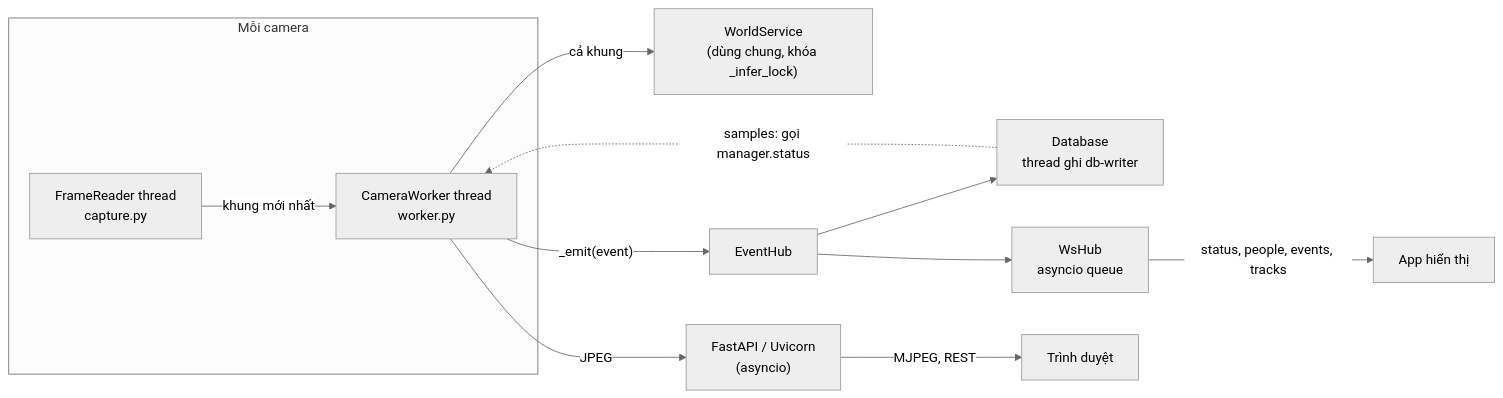
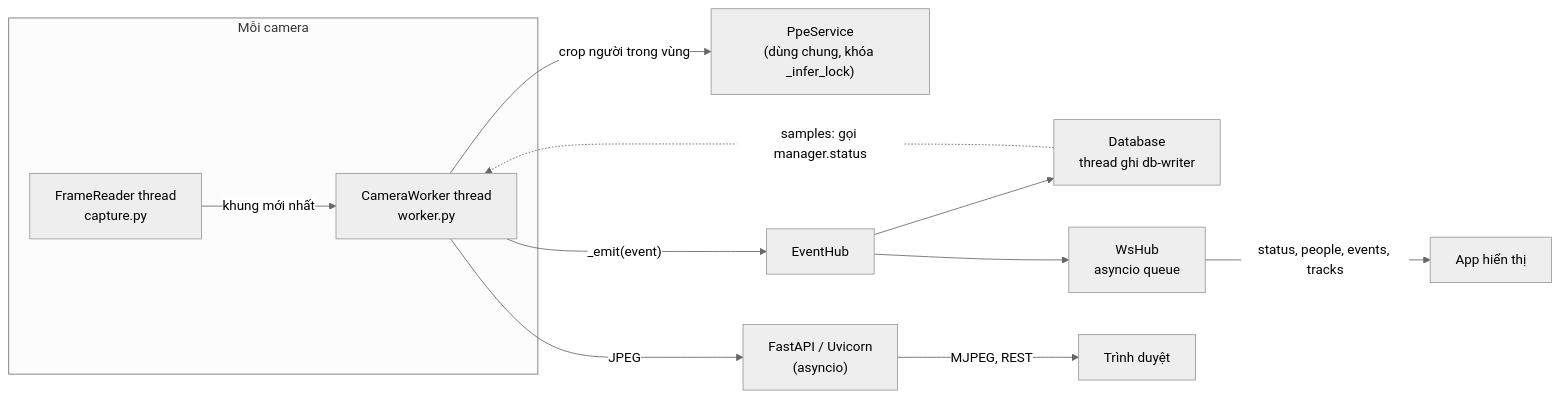
One commit to pyke2215/VisionExpo changed the diagram in docs/CODE.md. Above: the diagram before and after it, drawn with Mermaid (neutral theme). The commit also changed other lines of this file and 43 other files, not shown here.

````diff
--- a/docs/CODE.md
+++ b/docs/CODE.md
@@ -58,14 +59,14 @@
 ```mermaid
 flowchart LR
   subgraph cam["Mỗi camera"]
     R["FrameReader thread<br/>capture.py"] -->|khung mới nhất| W["CameraWorker thread<br/>worker.py"]
   end
-  W -->|cả khung| WS["WorldService<br/>(dùng chung, khóa _infer_lock)"]
+  W -->|"crop người trong vùng"| PS["PpeService<br/>(dùng chung, khóa _infer_lock)"]
   W -->|"_emit(event)"| H["EventHub"]
   H --> DB["Database<br/>thread ghi db-writer"]
   H --> WSH["WsHub<br/>asyncio queue"]
   W -->|JPEG| API["FastAPI / Uvicorn<br/>(asyncio)"]
   API -->|"MJPEG, REST"| B["Trình duyệt"]
   WSH -->|"status, people, events, tracks"| C["App hiển thị"]
   DB -.->|samples: gọi manager.status| W
 ```
````
